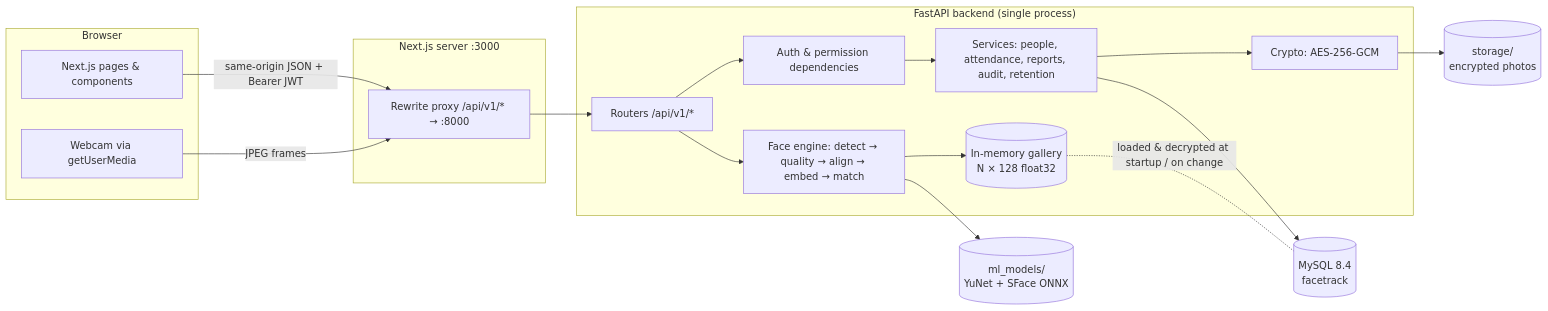
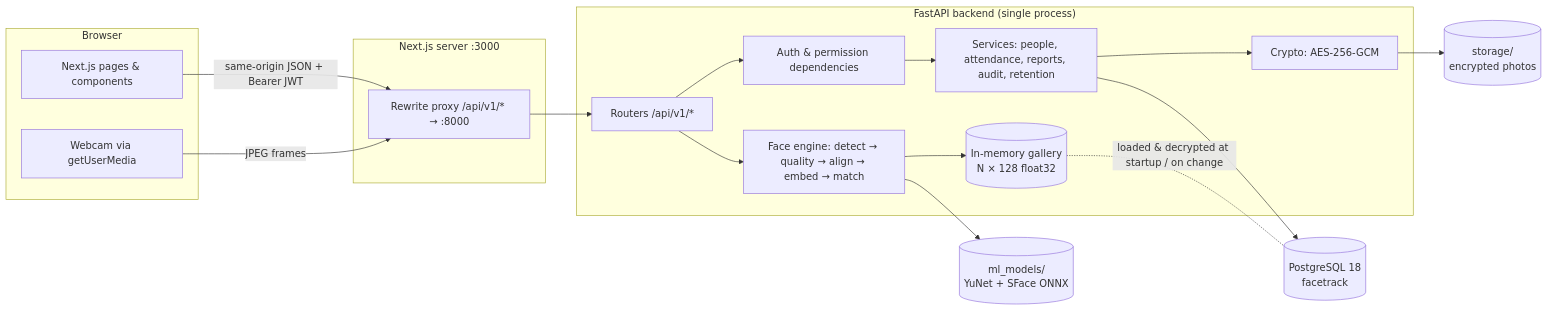
The diagram in docs/01-architecture.md (NgetMeas22/Face-recognition-management-system), drawn with Mermaid before and after one commit. The commit also changed other lines of this file and 32 other files, not shown here.

First line of the commit message:
Switch database from MySQL to PostgreSQL (psycopg 3)

````diff
--- a/docs/01-architecture.md
+++ b/docs/01-architecture.md
@@ -5,35 +5,35 @@
 ```mermaid
 flowchart LR
     subgraph Browser["Browser"]
         UI[Next.js pages & components]
         CAM[Webcam via getUserMedia]
     end
 
     subgraph Next["Next.js server :3000"]
         P[Rewrite proxy /api/v1/* → :8000]
     end
 
     subgraph API["FastAPI backend (single process)"]
         R[Routers /api/v1/*]
         D[Auth & permission dependencies]
         S[Services: people, attendance, reports, audit, retention]
         F[Face engine: detect → quality → align → embed → match]
         G[(In-memory gallery\nN × 128 float32)]
         C[Crypto: AES-256-GCM]
     end
 
-    DB[(MySQL 8.4\nfacetrack)]
+    DB[(PostgreSQL 18\nfacetrack)]
     FS[(storage/\nencrypted photos)]
     M[(ml_models/\nYuNet + SFace ONNX)]
 
     UI -- same-origin JSON + Bearer JWT --> P
     CAM -- JPEG frames --> P
     P --> R
     R --> D --> S
     R --> F
     F --> G
     F --> M
     S --> DB
     S --> C --> FS
     G -. loaded & decrypted at startup / on change .- DB
 ```
````
